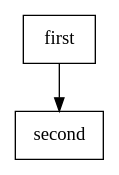
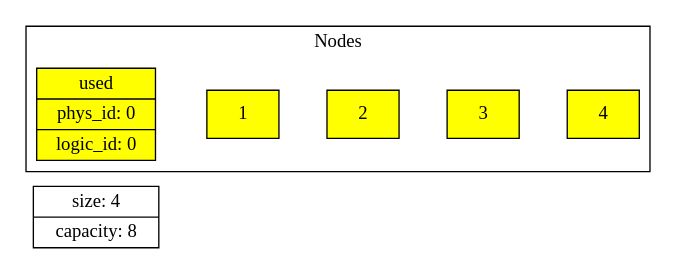
One commit to vladnovoren/List changed the diagram in graphviz/ex.gv. Above: the diagram before and after it, drawn with Graphviz. The commit also changed 8 other files, not shown here.

```diff
--- a/graphviz/ex.gv
+++ b/graphviz/ex.gv
@@ -1,7 +1,23 @@
-digraph {
-    node [shape = "box"];
+digraph List {
+    node [shape = record, style = filled, fillcolor = yellow];
+    edge [constraint = false];
+    rankdir = LR;
 
-    "first" [fillcolor = "red"];
-    "second" [fillcolor = "yellow"];
-    "first" -> "second";
+    subgraph Stat {
+        node [fillcolor = white];
+
+        stat [label = "size: 4|capacity: 8"];
+    }
+
+    subgraph cluster_memory {
+        label = "Nodes";
+        edge [constraint = true, style = invis];
+
+        0 [label = "used|phys_id: 0|logic_id: 0"];
+
+        0 -> 1;
+        1 -> 2;
+        2 -> 3;
+        3 -> 4;
+    }
 }
```
